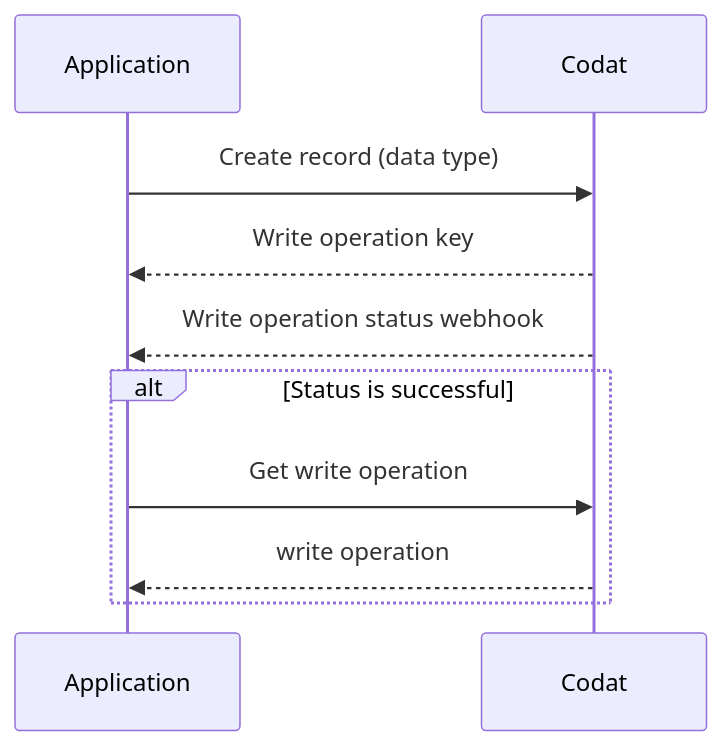
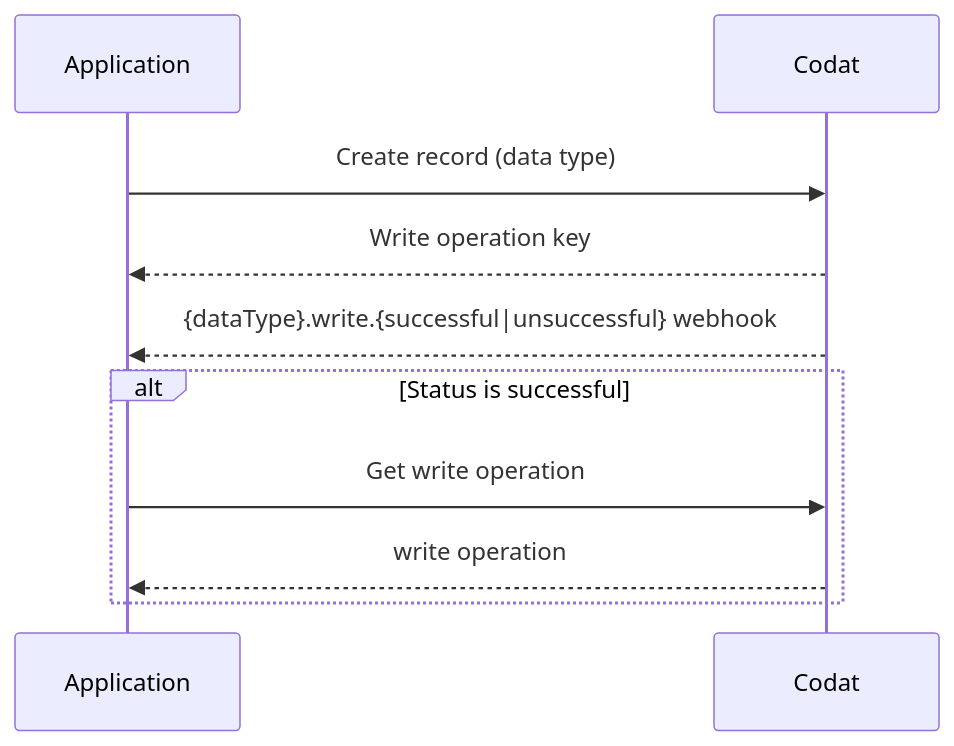
One commit to codatio/codat-docs changed the second of 2 diagrams in docs/lending/guides/loan-writeback/introduction.md. Above: the diagram before and after it, drawn with Mermaid. The commit also changed other lines of this file and 5 other files, not shown here.

````diff
--- a/docs/lending/guides/loan-writeback/introduction.md
+++ b/docs/lending/guides/loan-writeback/introduction.md
@@ -122,15 +128,15 @@
 ```mermaid
   sequenceDiagram
     participant backend as Application 
     participant codat as Codat
     
     backend ->> codat: Create record (data type)
     codat -->> backend: Write operation key
 
-    codat -->> backend: Write operation status webhook
+    codat -->> backend: {dataType}.write.{successful|unsuccessful} webhook
 
     alt Status is successful
         backend ->> codat: Get write operation
         codat -->> backend: write operation
     end
 ```
````
